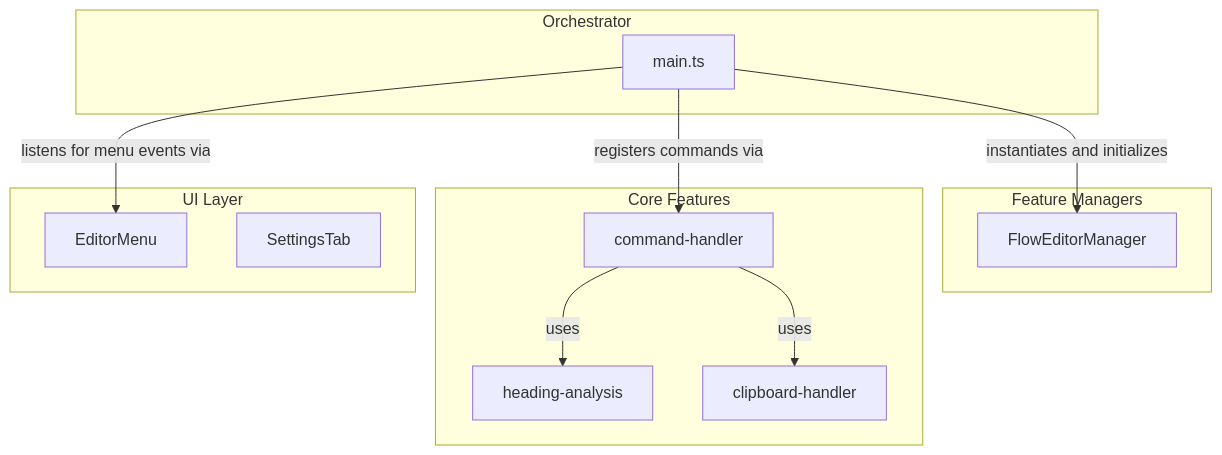
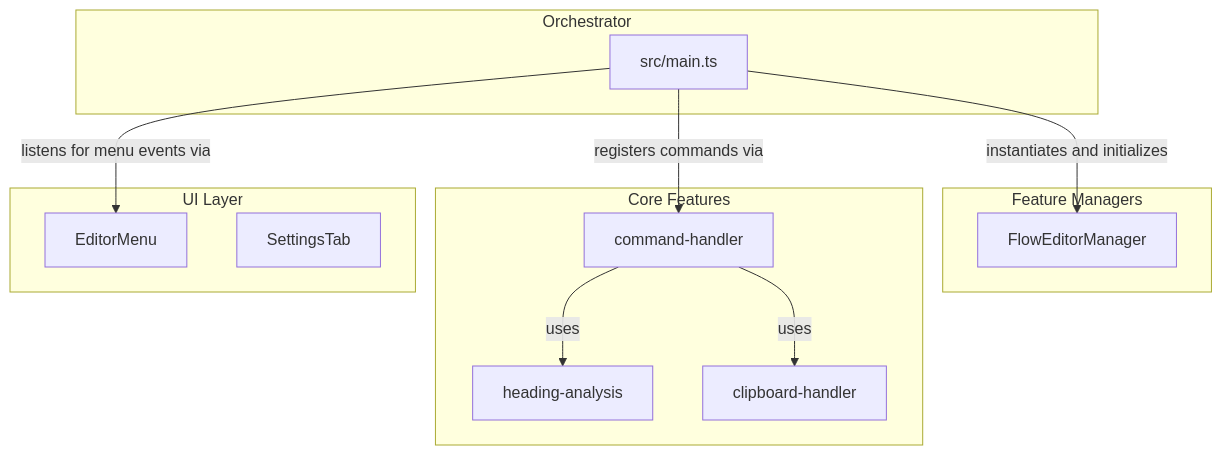
Before and after one commit to Jasper-1024/block-link-plus: the diagram in memory-bank/systemPatterns.md, drawn with Mermaid. The commit also changed other lines of this file and 3 other files, not shown here.

````diff
--- a/memory-bank/systemPatterns.md
+++ b/memory-bank/systemPatterns.md
@@ -35,27 +35,27 @@
 ```mermaid
 graph TD
     subgraph Orchestrator
-        A[main.ts]
+        A[src/main.ts]
     end
 
     subgraph Feature Managers
         G[FlowEditorManager]
     end
 
     subgraph Core Features
         B[command-handler]
         C[heading-analysis]
         D[clipboard-handler]
     end
     
     subgraph UI Layer
         E[EditorMenu]
         F[SettingsTab]
     end
 
     A -- instantiates and initializes --> G
     A -- registers commands via --> B
     A -- listens for menu events via --> E
     B -- uses --> C
     B -- uses --> D
 ```
````
